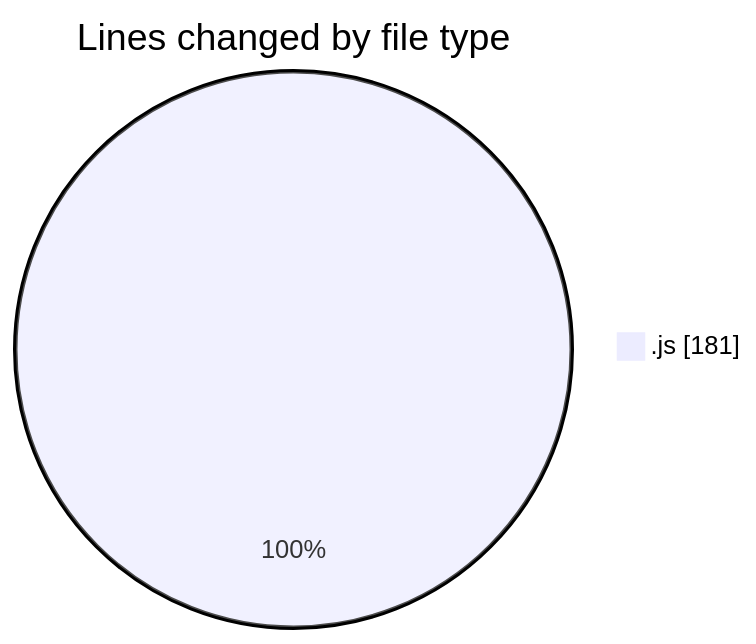
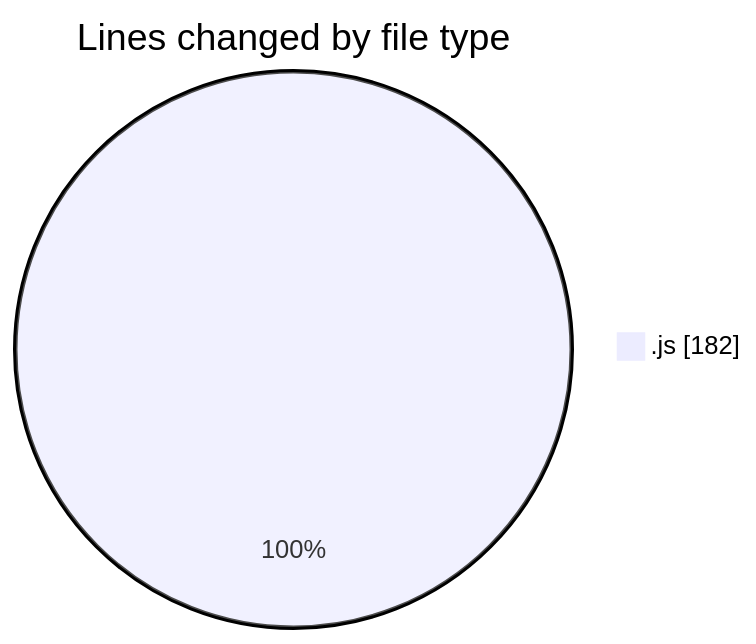
One commit to momahboobian/code-tracking changed the first of 2 diagrams in 2025-08-12/cda/README.md. Above: the diagram before and after it, drawn with Mermaid. The commit also changed other lines of this file and 1 other file, not shown here.

````diff
--- a/2025-08-12/cda/README.md
+++ b/2025-08-12/cda/README.md
@@ -24,5 +24,5 @@
 ```mermaid
 pie showData
 title Lines changed by file type
-".js" : 181
+".js" : 182
 ```
````
